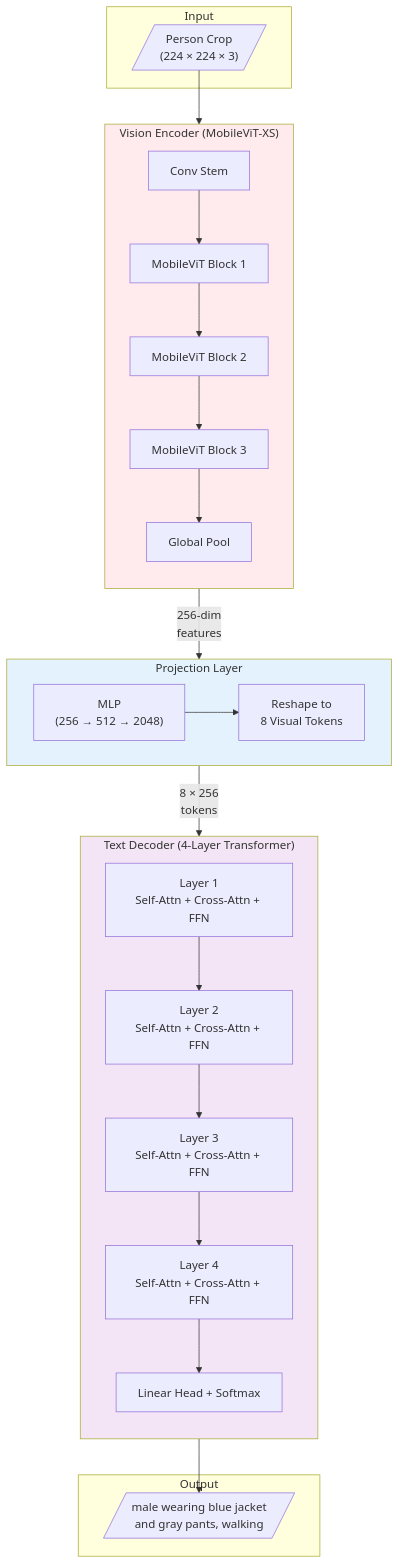
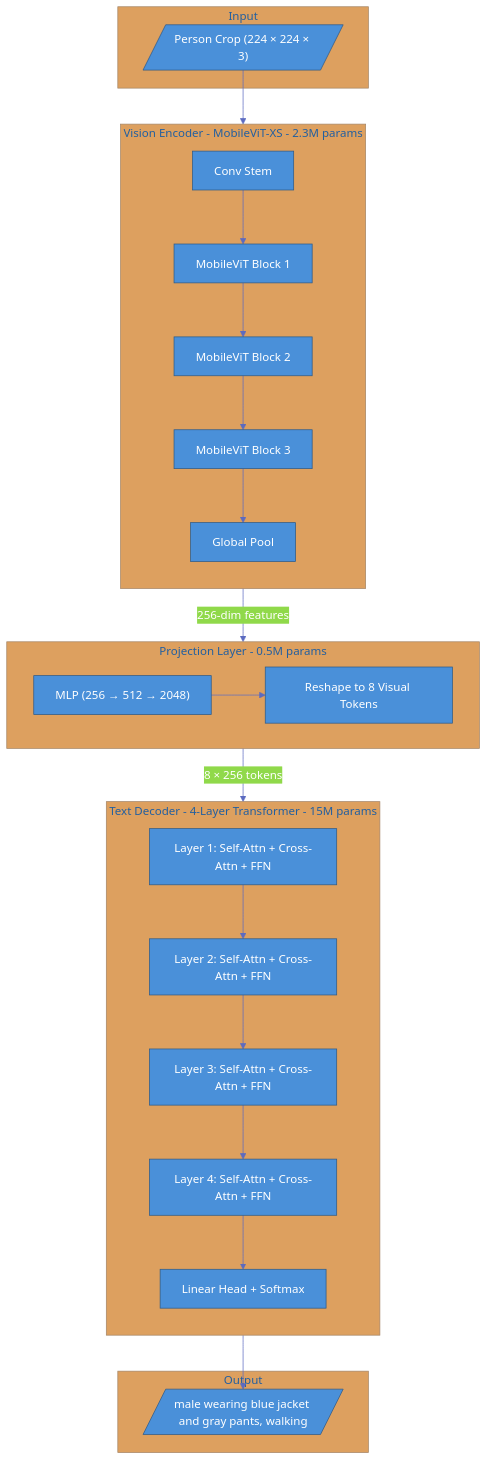
One commit to rishi02102017/Metafusion-Task changed the second of 11 diagrams in README.md. Above: the diagram before and after it, drawn with Mermaid. The commit also changed other lines of this file, not shown here.

Commit message:
Fix Mermaid diagram visibility - remove problematic fill colors and add base theme

````diff
--- a/README.md
+++ b/README.md
@@ -145,48 +142,45 @@
 ```mermaid
+%%{init: {'theme': 'base', 'themeVariables': { 'primaryColor': '#4a90d9', 'primaryTextColor': '#fff', 'primaryBorderColor': '#2d5986', 'lineColor': '#5c6bc0'}}}%%
 flowchart TB
     subgraph Input["Input"]
-        IMG[/"Person Crop<br/>(224 × 224 × 3)"/]
+        IMG[/"Person Crop (224 × 224 × 3)"/]
     end
 
-    subgraph Vision["Vision Encoder (MobileViT-XS)"]
+    subgraph Vision["Vision Encoder - MobileViT-XS - 2.3M params"]
         direction TB
         CONV[Conv Stem]
         MB1[MobileViT Block 1]
         MB2[MobileViT Block 2]
         MB3[MobileViT Block 3]
         POOL[Global Pool]
         
         CONV --> MB1 --> MB2 --> MB3 --> POOL
     end
 
-    subgraph Projection["Projection Layer"]
-        MLP["MLP<br/>(256 → 512 → 2048)"]
-        RESHAPE["Reshape to<br/>8 Visual Tokens"]
+    subgraph Projection["Projection Layer - 0.5M params"]
+        MLP["MLP (256 → 512 → 2048)"]
+        RESHAPE["Reshape to 8 Visual Tokens"]
         
         MLP --> RESHAPE
     end
 
-    subgraph Decoder["Text Decoder (4-Layer Transformer)"]
+    subgraph Decoder["Text Decoder - 4-Layer Transformer - 15M params"]
         direction TB
-        L1["Layer 1<br/>Self-Attn + Cross-Attn + FFN"]
-        L2["Layer 2<br/>Self-Attn + Cross-Attn + FFN"]
-        L3["Layer 3<br/>Self-Attn + Cross-Attn + FFN"]
-        L4["Layer 4<br/>Self-Attn + Cross-Attn + FFN"]
+        L1["Layer 1: Self-Attn + Cross-Attn + FFN"]
+        L2["Layer 2: Self-Attn + Cross-Attn + FFN"]
+        L3["Layer 3: Self-Attn + Cross-Attn + FFN"]
+        L4["Layer 4: Self-Attn + Cross-Attn + FFN"]
         HEAD[Linear Head + Softmax]
         
         L1 --> L2 --> L3 --> L4 --> HEAD
     end
 
     subgraph Output["Output"]
-        DESC[/"male wearing blue jacket<br/>and gray pants, walking"/]
+        DESC[/"male wearing blue jacket and gray pants, walking"/]
     end
 
     IMG --> Vision
-    Vision -->|"256-dim<br/>features"| Projection
-    Projection -->|"8 × 256<br/>tokens"| Decoder
+    Vision -->|"256-dim features"| Projection
+    Projection -->|"8 × 256 tokens"| Decoder
     Decoder --> DESC
-
-    style Vision fill:#ffebee
-    style Projection fill:#e3f2fd
-    style Decoder fill:#f3e5f5
 ```
````
